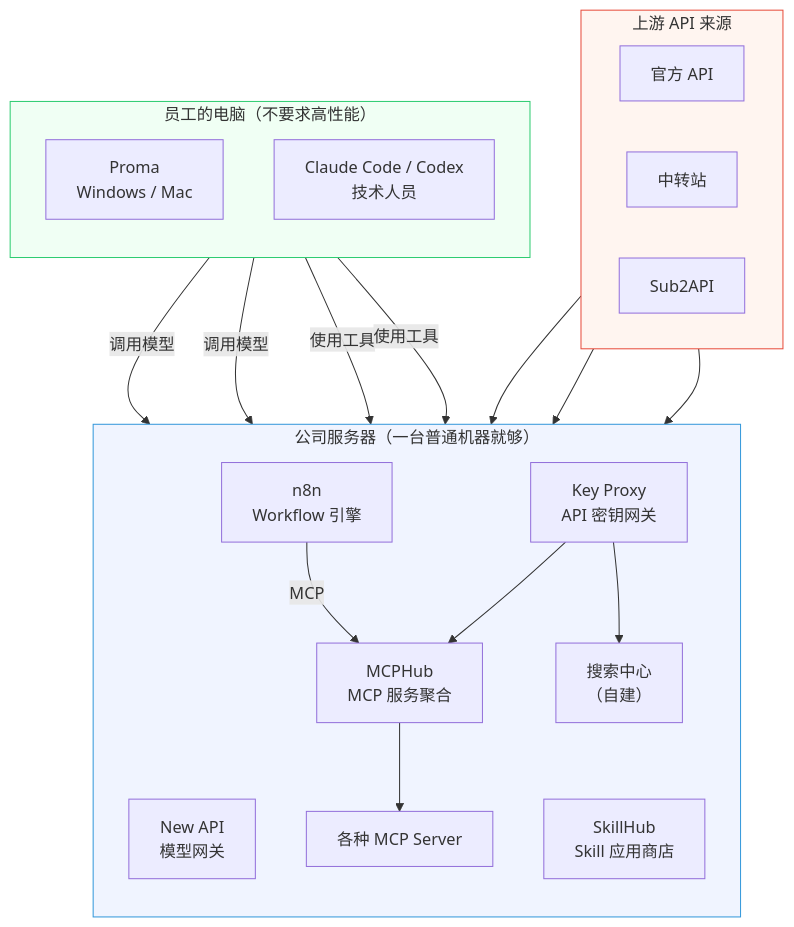
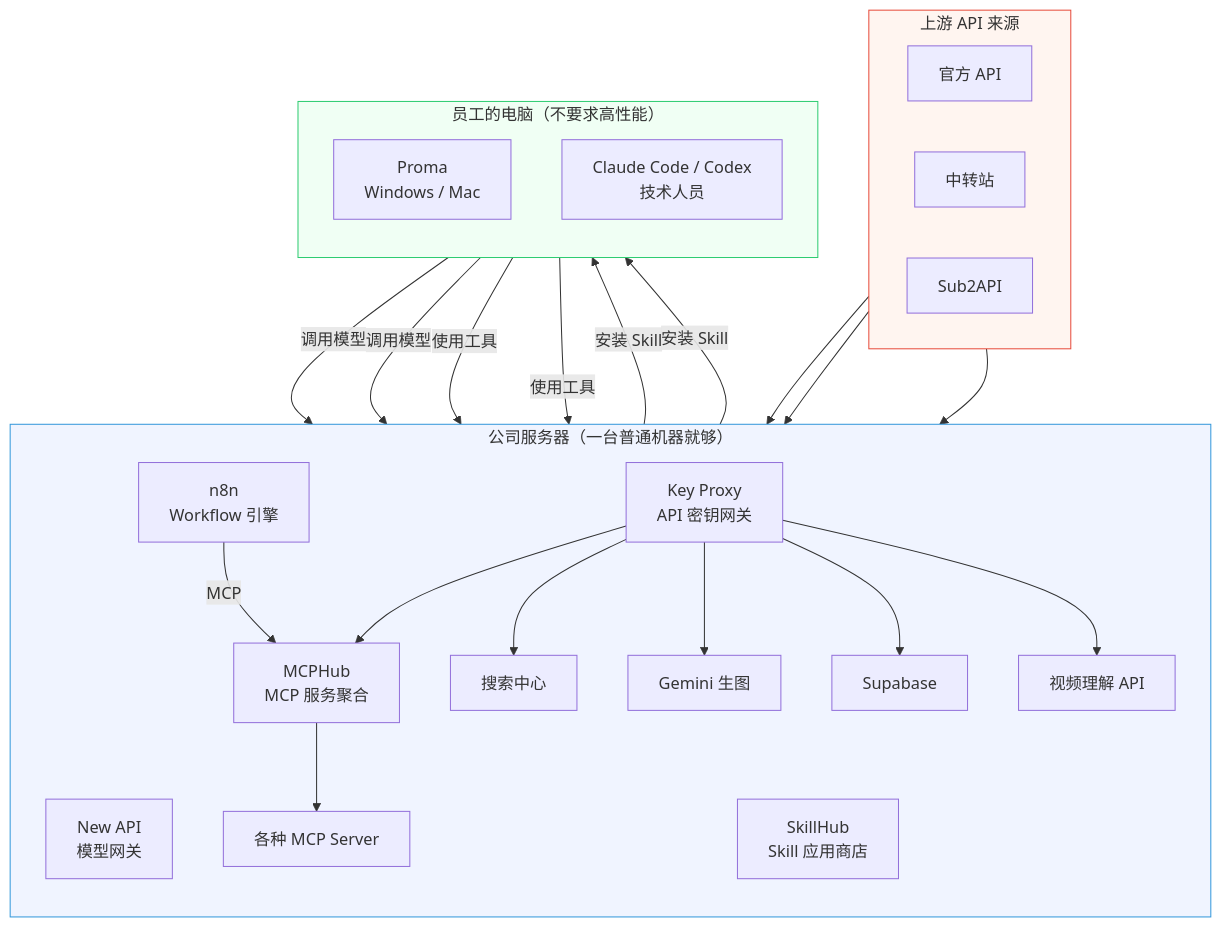
The second of 2 diagrams in content/posts/260908-smb-agent-framework/index.md (zj1123581321/zj1123581321.github.io), drawn with Mermaid before and after one commit.

Commit message:
fix: mermaid 架构图增加 Key Proxy 下游示例服务和 SkillHub 连接
Key Proxy 后接 Gemini 生图、Supabase、视频理解 API 等具体服务；
SkillHub 连接到下游 Agent 客户端。

Agent-Executor: cc
Agent-Session: 34aa7eed-ce75-4ad8-9e7b-e6d6c7fc88c1
Agent-Effort: high

````diff
--- a/content/posts/260908-smb-agent-framework/index.md
+++ b/content/posts/260908-smb-agent-framework/index.md
@@ -271,43 +271,51 @@
 ```mermaid
 graph TB
     subgraph Upstream["上游 API 来源"]
         direction LR
         Official["官方 API"]
         Reseller["中转站"]
         Sub2API["Sub2API"]
     end
 
     subgraph Server["公司服务器（一台普通机器就够）"]
         direction TB
         NewAPI["New API<br/>模型网关"]
         KeyProxy["Key Proxy<br/>API 密钥网关"]
+        SkillHub["SkillHub<br/>Skill 应用商店"]
         MCPHub["MCPHub<br/>MCP 服务聚合"]
-        SkillHub["SkillHub<br/>Skill 应用商店"]
         N8N["n8n<br/>Workflow 引擎"]
+        Search["搜索中心"]
+        Gemini["Gemini 生图"]
+        Supabase["Supabase"]
+        Video["视频理解 API"]
         MCP["各种 MCP Server"]
-        Search["搜索中心<br/>（自建）"]
     end
 
     subgraph Client["员工的电脑（不要求高性能）"]
         direction TB
         Proma["Proma<br/>Windows / Mac"]
         CC["Claude Code / Codex<br/>技术人员"]
     end
 
     Official --> NewAPI
     Reseller --> NewAPI
     Sub2API --> NewAPI
 
     Proma -->|调用模型| NewAPI
     CC -->|调用模型| NewAPI
     Proma -->|使用工具| KeyProxy
     CC -->|使用工具| KeyProxy
+    SkillHub -->|安装 Skill| Proma
+    SkillHub -->|安装 Skill| CC
     KeyProxy --> MCPHub
     KeyProxy --> Search
+    KeyProxy --> Gemini
+    KeyProxy --> Supabase
+    KeyProxy --> Video
     MCPHub --> MCP
     N8N -->|MCP| MCPHub
 
     style Upstream fill:#fff5f0,stroke:#e74c3c
     style Server fill:#f0f4ff,stroke:#3498db
     style Client fill:#f0fff4,stroke:#2ecc71
 ```
````
